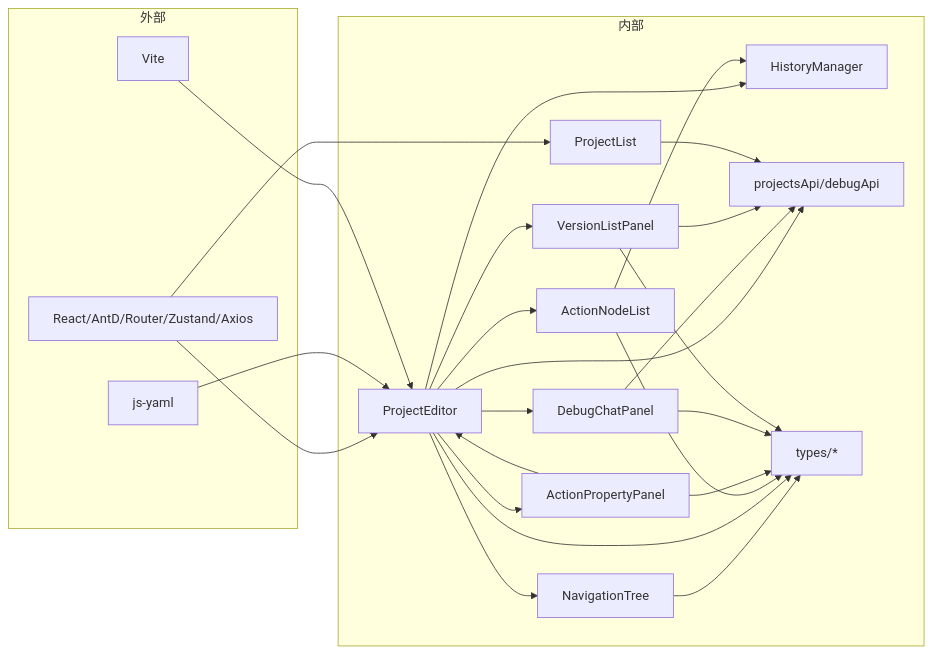
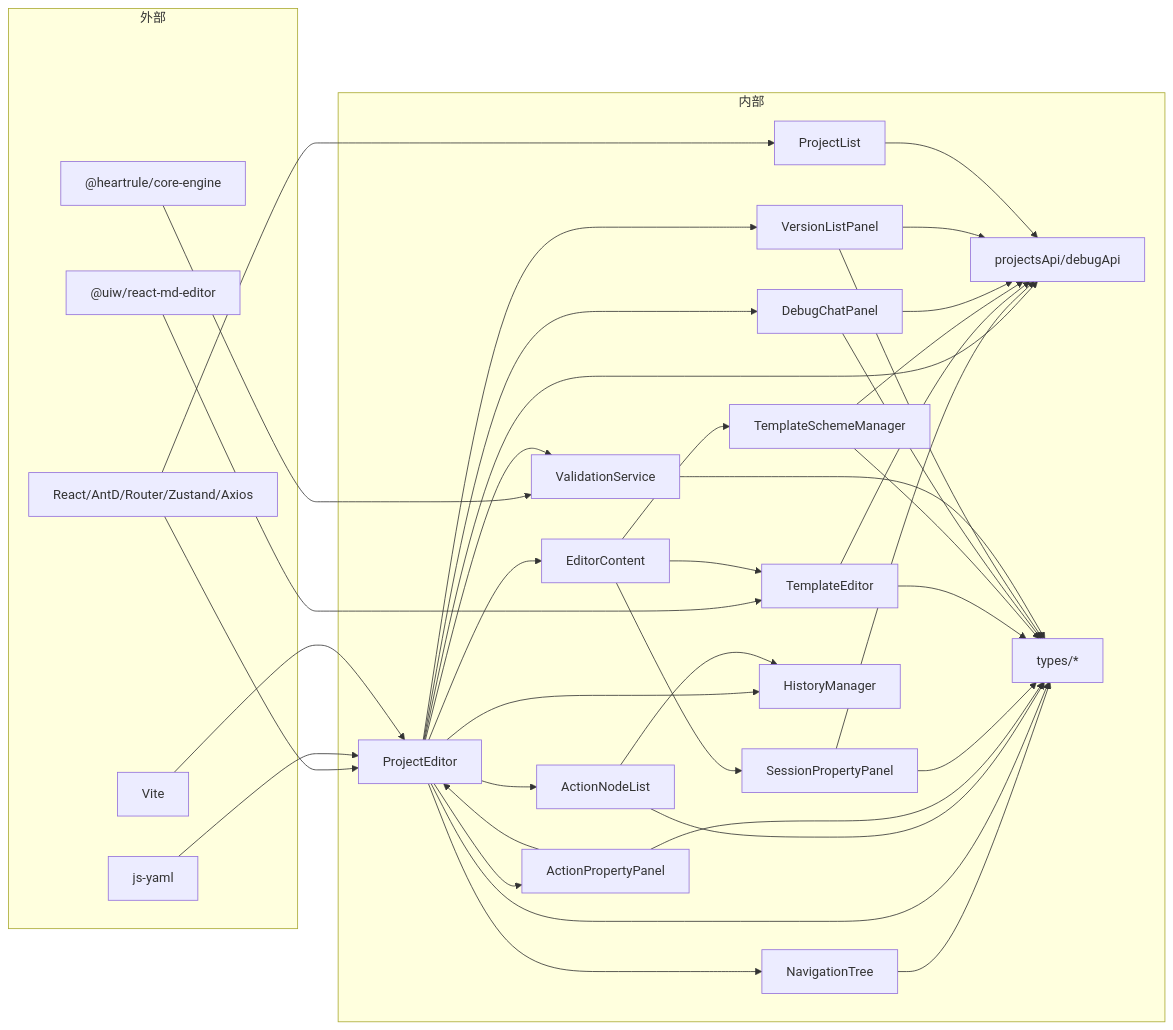
Diagram 20 of 20 in .qoder/repowiki/zh/content/脚本编辑器/脚本编辑器.md (EverettCamus/HeartRule-Qoder), drawn with Mermaid before and after one commit. The commit also changed other lines of this file and 8 other files, not shown here.

````diff
--- a/.qoder/repowiki/zh/content/脚本编辑器/脚本编辑器.md
+++ b/.qoder/repowiki/zh/content/脚本编辑器/脚本编辑器.md
@@ -442,42 +884,63 @@
 ```mermaid
 graph LR
 subgraph "外部"
 R["React/AntD/Router/Zustand/Axios"]
 Y["js-yaml"]
 V["Vite"]
+CE["@heartrule/core-engine"]
+MED["@uiw/react-md-editor"]
 end
 subgraph "内部"
 PL["ProjectList"]
 PE["ProjectEditor"]
+EC["EditorContent"]
 ANL["ActionNodeList"]
 APP["ActionPropertyPanel"]
+SP["SessionPropertyPanel"]
+TE["TemplateEditor"]
+TSM["TemplateSchemeManager"]
 DCP["DebugChatPanel"]
 VLP["VersionListPanel"]
 NT["NavigationTree"]
+VS["ValidationService"]
 HM["HistoryManager"]
 API["projectsApi/debugApi"]
 T["types/*"]
 end
 R --> PL
 R --> PE
 Y --> PE
 V --> PE
+CE --> VS
+MED --> TE
 PE --> ANL
 PE --> APP
+PE --> EC
+EC --> SP
+EC --> TE
+EC --> TSM
 PE --> DCP
 PE --> VLP
 PE --> NT
+PE --> VS
 PE --> HM
 PE --> API
 ANL --> HM
 APP --> PE
+SP --> API
+TE --> API
+TSM --> API
 DCP --> API
 VLP --> API
 NT --> T
 PL --> API
 PE --> T
 ANL --> T
 APP --> T
+SP --> T
+TE --> T
+TSM --> T
 DCP --> T
 VLP --> T
+VS --> T
 ```
````
